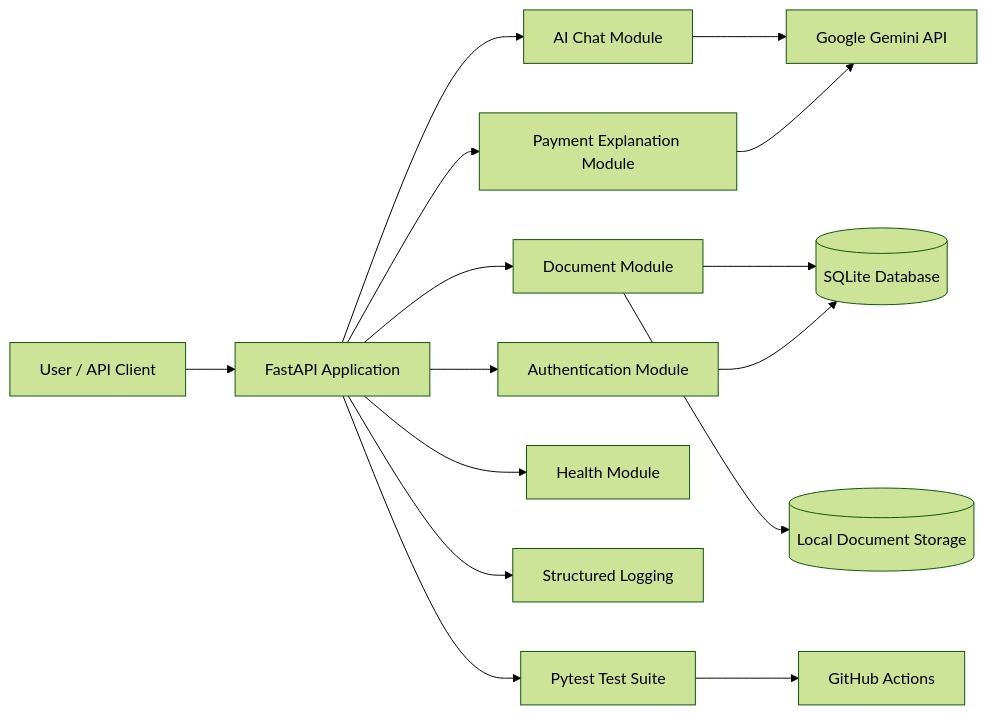
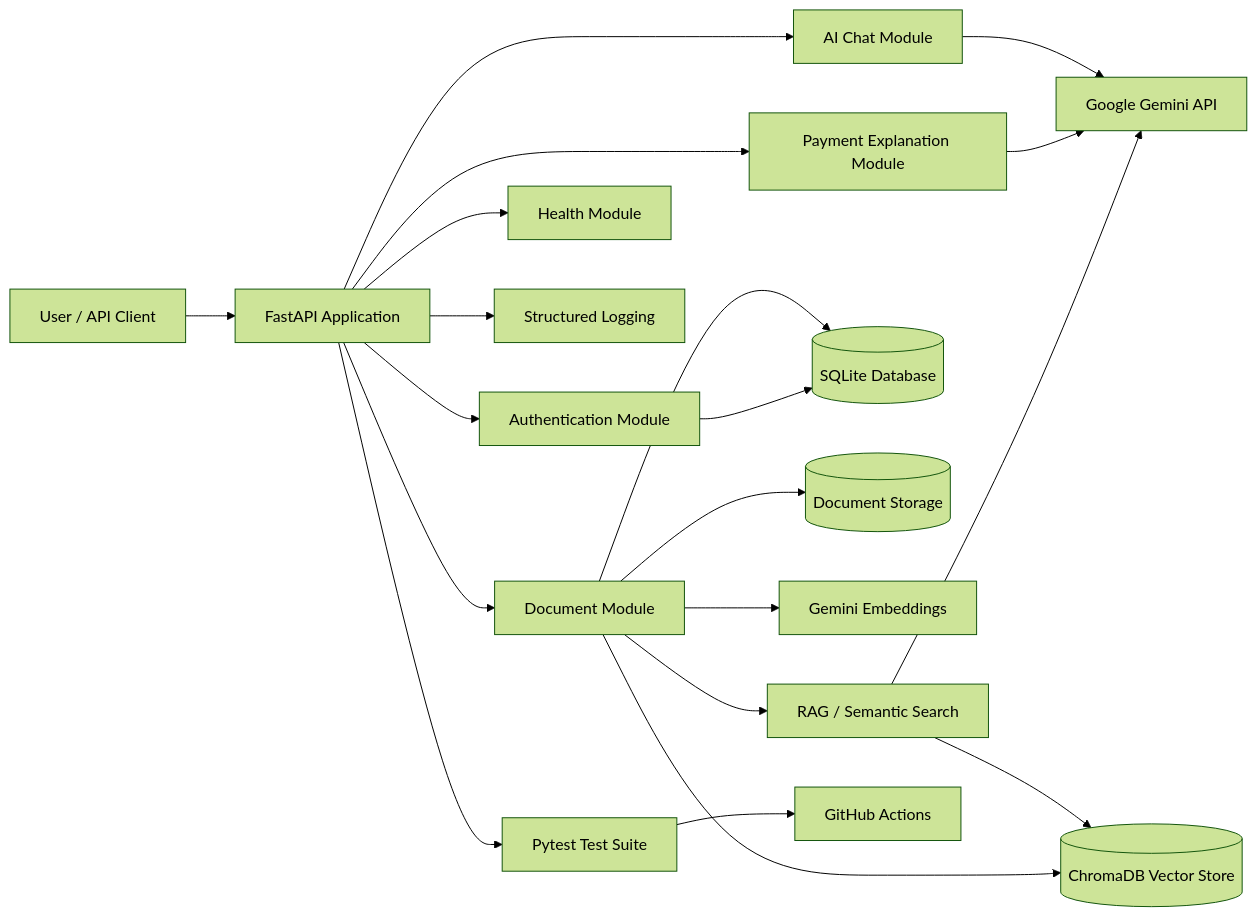
One commit to singhvirendra18gmailcom/Payments changed the diagram in README.md. Above: the diagram before and after it, drawn with Mermaid (forest theme). The commit also changed other lines of this file, not shown here.

````diff
--- a/README.md
+++ b/README.md
@@ -95,21 +101,26 @@
 ```mermaid
 flowchart LR
     U[User / API Client] --> F[FastAPI Application]
 
     F --> A[Authentication Module]
     F --> P[Payment Explanation Module]
     F --> C[AI Chat Module]
     F --> D[Document Module]
     F --> H[Health Module]
 
     A --> DB[(SQLite Database)]
-    D --> FS[(Local Document Storage)]
+    D --> FS[(Document Storage)]
     D --> DB
+    D --> E[Gemini Embeddings]
+    D --> V[(ChromaDB Vector Store)]
+    D --> R[RAG / Semantic Search]
+    R --> V
+    R --> G[Google Gemini API]
 
-    P --> G[Google Gemini API]
+    P --> G
     C --> G
 
     F --> L[Structured Logging]
     F --> T[Pytest Test Suite]
     T --> CI[GitHub Actions]
 ```
````
